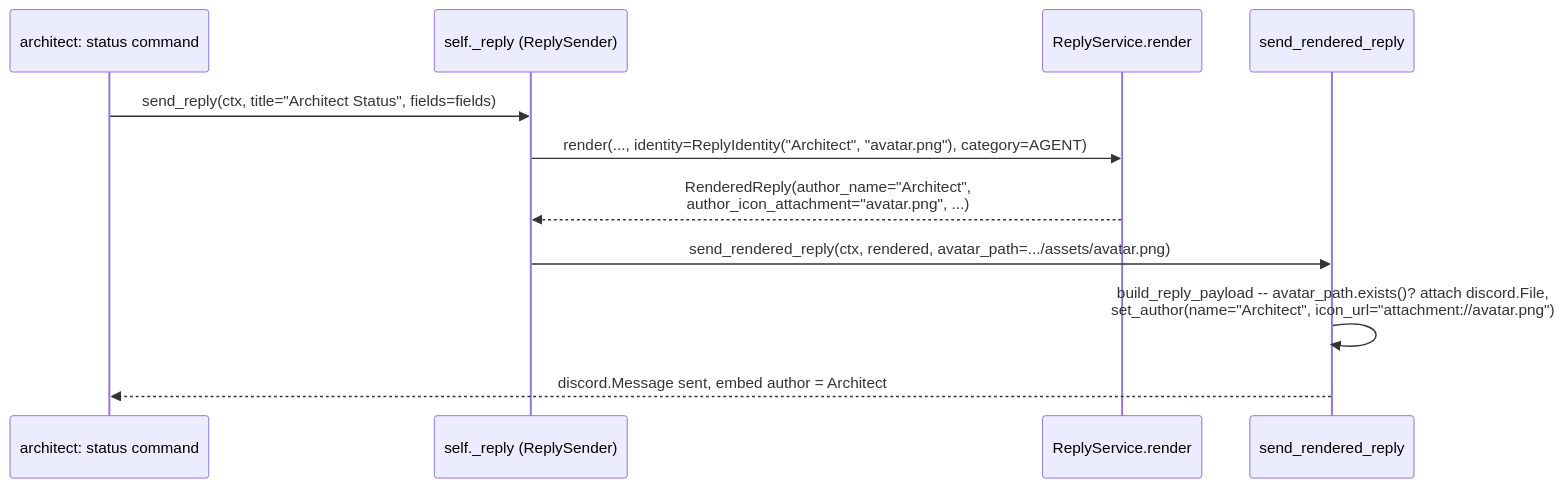
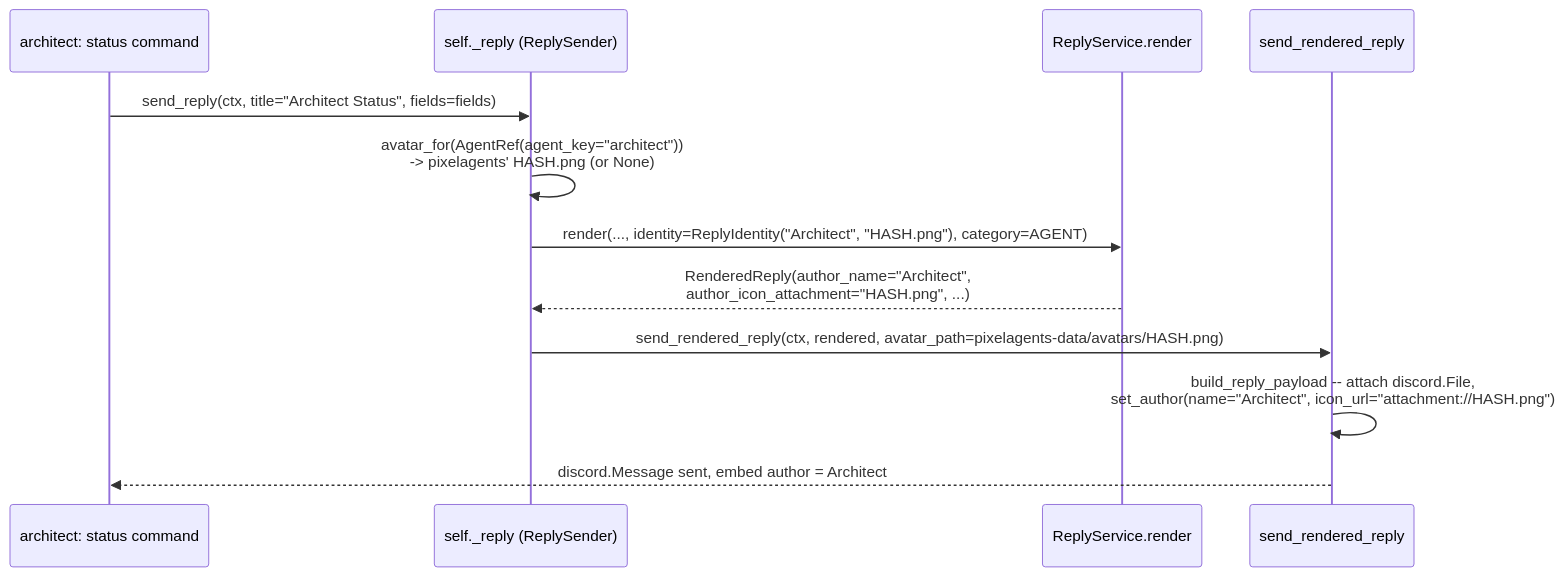
The second of 3 diagrams in docs/reply-identity-design.md (pixel-agents-hq/pixel-agents-cogs), drawn with Mermaid before and after one commit. The commit also changed other lines of this file and 39 other files, not shown here.

````diff
--- a/docs/reply-identity-design.md
+++ b/docs/reply-identity-design.md
@@ -171,14 +201,15 @@
 ```mermaid
 sequenceDiagram
     participant Cmd as architect: status command
     participant RS as self._reply (ReplySender)
     participant RSvc as ReplyService.render
     participant API as send_rendered_reply
 
     Cmd->>RS: send_reply(ctx, title="Architect Status", fields=fields)
-    RS->>RSvc: render(..., identity=ReplyIdentity("Architect", "avatar.png"), category=AGENT)
-    RSvc-->>RS: RenderedReply(author_name="Architect",<br/>author_icon_attachment="avatar.png", ...)
-    RS->>API: send_rendered_reply(ctx, rendered, avatar_path=.../assets/avatar.png)
-    API->>API: build_reply_payload -- avatar_path.exists()? attach discord.File,<br/>set_author(name="Architect", icon_url="attachment://avatar.png")
+    RS->>RS: avatar_for(AgentRef(agent_key="architect"))<br/>-> pixelagents' HASH.png (or None)
+    RS->>RSvc: render(..., identity=ReplyIdentity("Architect", "HASH.png"), category=AGENT)
+    RSvc-->>RS: RenderedReply(author_name="Architect",<br/>author_icon_attachment="HASH.png", ...)
+    RS->>API: send_rendered_reply(ctx, rendered, avatar_path=pixelagents-data/avatars/HASH.png)
+    API->>API: build_reply_payload -- attach discord.File,<br/>set_author(name="Architect", icon_url="attachment://HASH.png")
     API-->>Cmd: discord.Message sent, embed author = Architect
 ```
````
